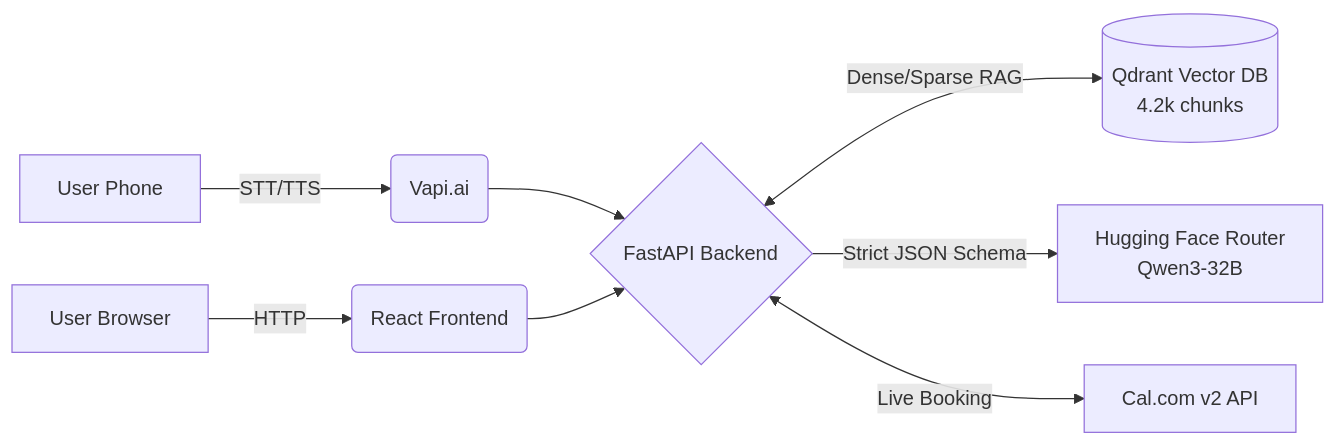
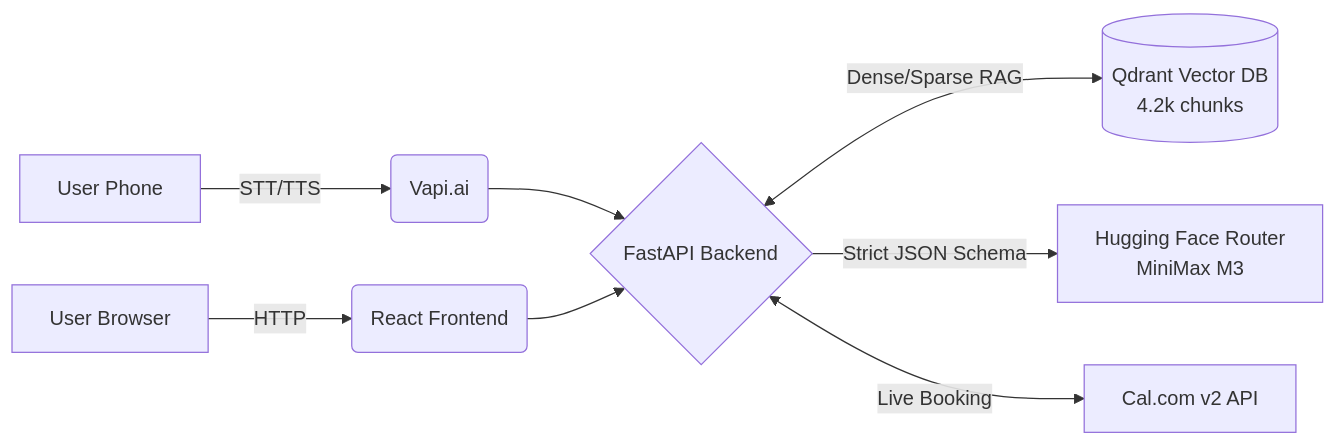
Before and after one commit to Raghavendra1729-cell/Diablo: the diagram in README.md, drawn with Mermaid. The commit also changed 1 other file, not shown here.

Commit message:
Use MiniMax M3 for strict generation

````diff
--- a/README.md
+++ b/README.md
@@ -41,10 +41,10 @@
 ```mermaid
 graph LR
     A[User Phone] -->|STT/TTS| B(Vapi.ai)
     C[User Browser] -->|HTTP| D(React Frontend)
     B --> E{FastAPI Backend}
     D --> E
     E <-->|Dense/Sparse RAG| F[(Qdrant Vector DB<br>4.2k chunks)]
-    E -->|Strict JSON Schema| G[Hugging Face Router<br>Qwen3-32B]
+    E -->|Strict JSON Schema| G[Hugging Face Router<br>MiniMax M3]
     E <-->|Live Booking| H[Cal.com v2 API]
 ```
````
